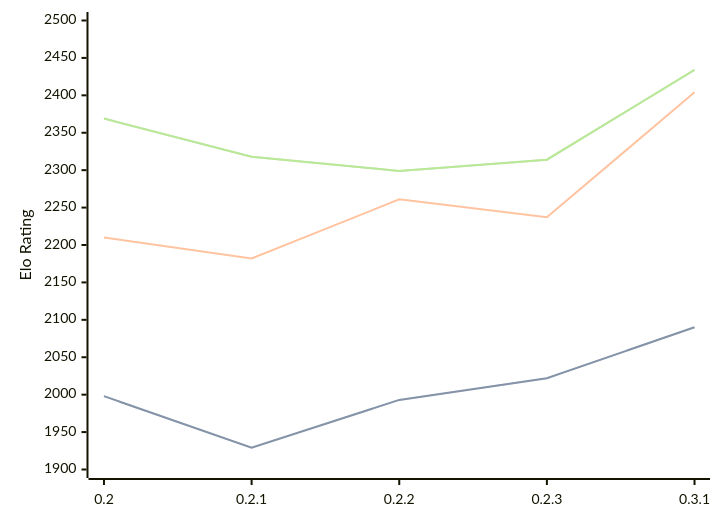
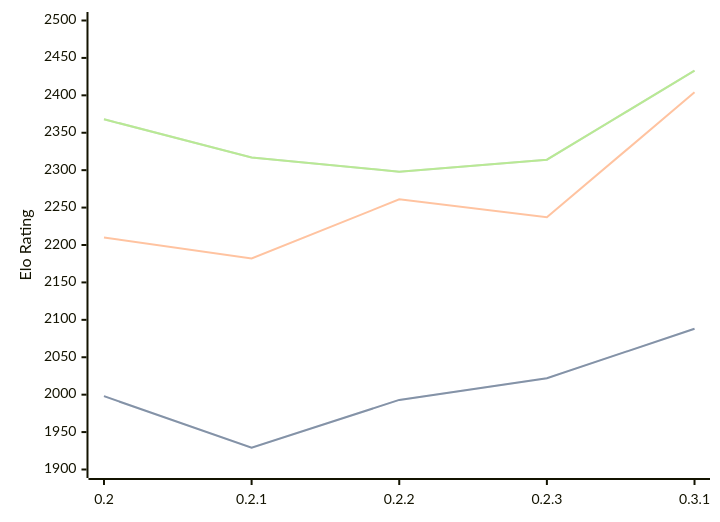
The diagram in engines/Lolbot.md (computer-chess-index/cci), drawn with Mermaid before and after one commit. The commit also changed other lines of this file, not shown here.

Commit message:
Update CCI Ratings (ELO VLTC) - 2026-08-28

````diff
--- a/engines/Lolbot.md
+++ b/engines/Lolbot.md
@@ -35,11 +35,11 @@
 ```mermaid
 %%{init: {"theme":"base","themeVariables":{"seriesColors:['#a3a3a3','#222221','#faa371']}}}%%
 xychart-beta
   x-axis ["0.2", "0.2.1", "0.2.2", "0.2.3", "0.3.1"]
   y-axis "Elo Rating" 1900 --> 2500
-  line "" [1998, 1929, 1993, 2022, 2090]
-  line "STC (8.0+0.08s)" [1998, 1929, 1993, 2022, 2090]
+  line "" [1998, 1929, 1993, 2022, 2088]
+  line "STC (8.0+0.08s)" [1998, 1929, 1993, 2022, 2088]
   line "LTC (60.0+0.60s)" [2210, 2182, 2261, 2237, 2404]
-  line "" [2369, 2318, 2299, 2314, 2434]
-  line "VLTC (2m24s+1.12s)" [2369, 2318, 2299, 2314, 2434]
+  line "" [2368, 2317, 2298, 2314, 2433]
+  line "VLTC (2m24s+1.12s)" [2368, 2317, 2298, 2314, 2433]
 ```
````
